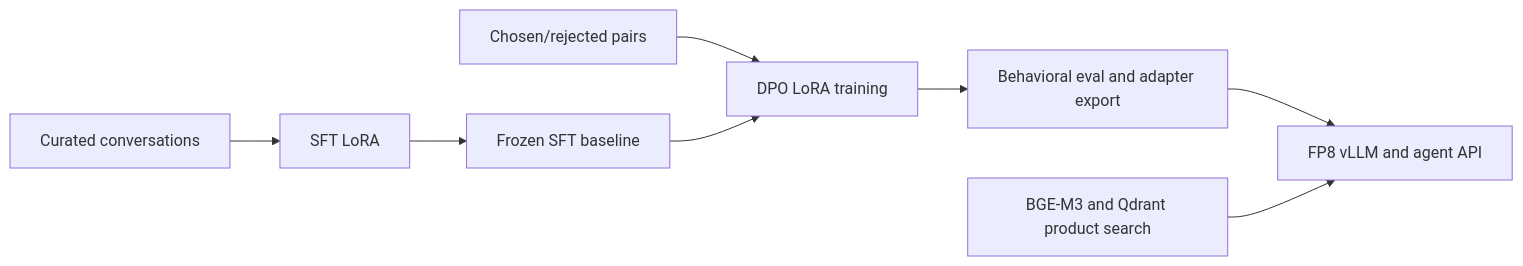
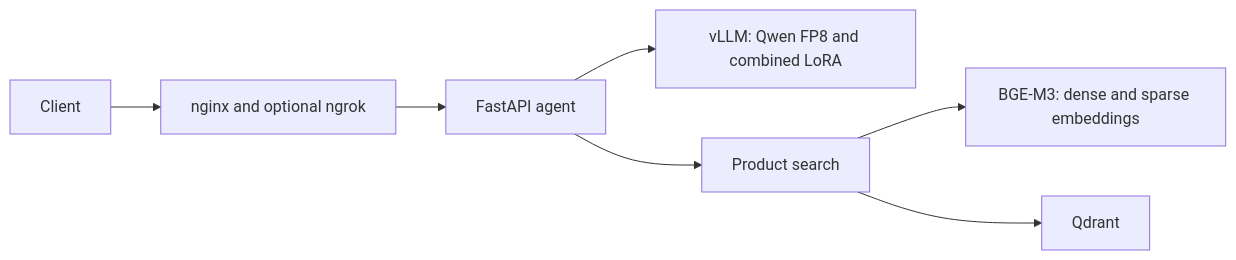
Before and after one commit to MrenXX/Saulie: the diagram in README.md, drawn with Mermaid. The commit also changed other lines of this file and 23 other files, not shown here.

````diff
--- a/README.md
+++ b/README.md
@@ -15,10 +18,9 @@
 ```mermaid
 flowchart LR
-    A[Curated conversations] --> B[SFT LoRA]
-    B --> C[Frozen SFT baseline]
-    D[Chosen/rejected pairs] --> E[DPO LoRA training]
-    C --> E
-    E --> F[Behavioral eval and adapter export]
-    F --> G[FP8 vLLM and agent API]
-    H[BGE-M3 and Qdrant product search] --> G
+    C[Client] --> N[nginx and optional ngrok]
+    N --> A[FastAPI agent]
+    A --> L[vLLM: Qwen FP8 and combined LoRA]
+    A --> R[Product search]
+    R --> B[BGE-M3: dense and sparse embeddings]
+    R --> Q[Qdrant]
 ```
````
